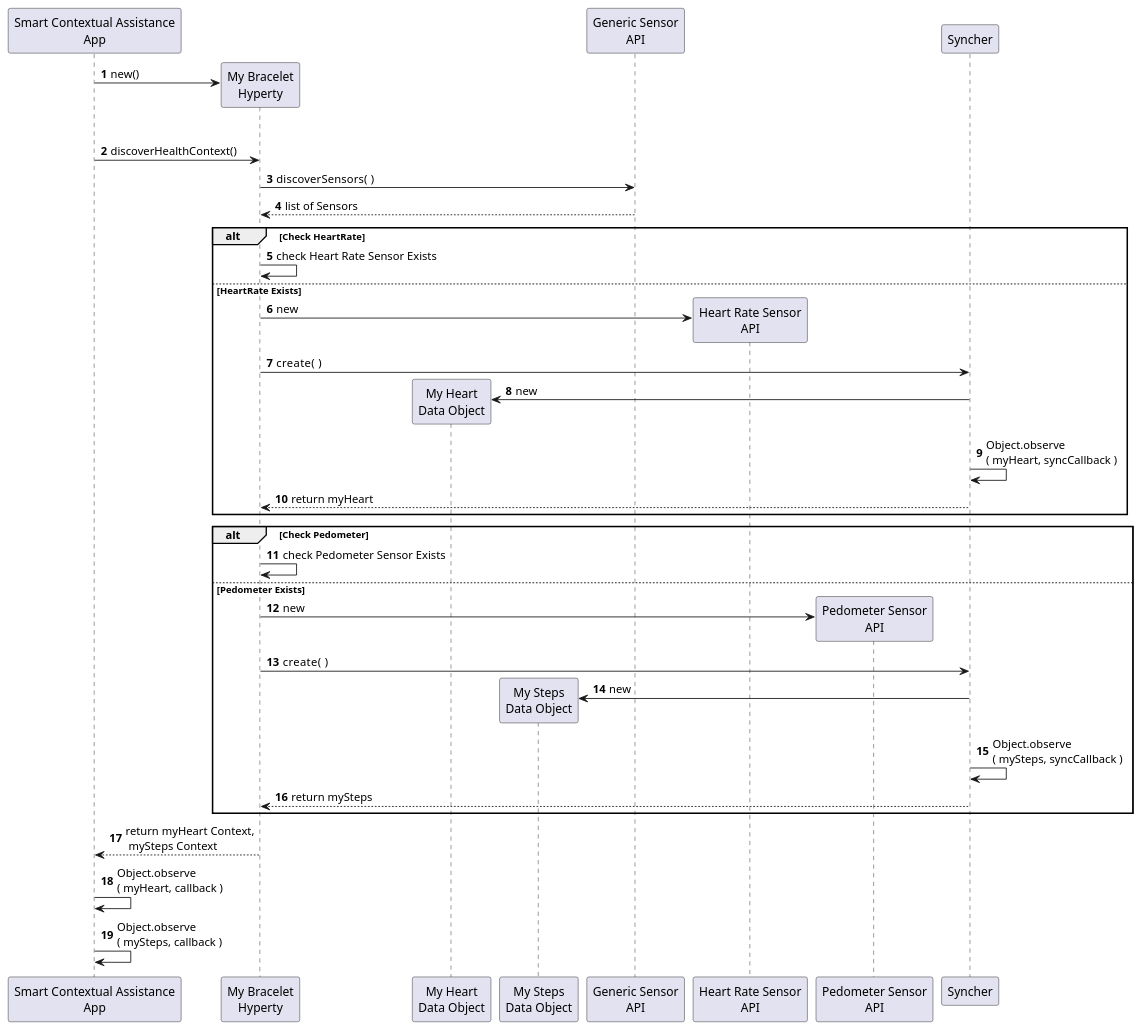
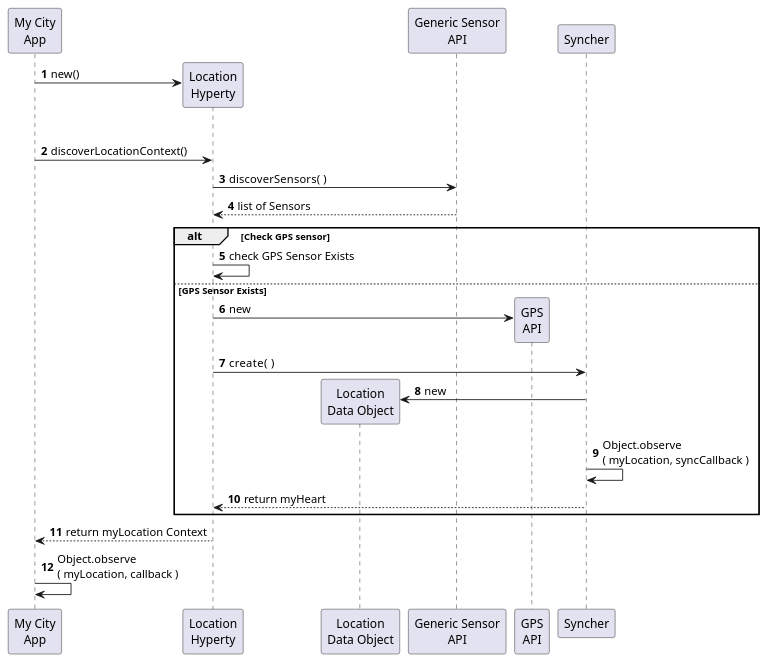
One commit to reTHINK-project/scenario-service-implementation changed the diagram in docs/hyperties/location/location-setup.puml. Above: the diagram before and after it, drawn with PlantUML. The commit also changed 2 other files, not shown here.

Commit message:
location diagram added

```diff
--- a/docs/hyperties/location/location-setup.puml
+++ b/docs/hyperties/location/location-setup.puml
@@ -1,82 +1,54 @@
 @startuml
 autonumber
 
-participant "Smart Contextual Assistance\nApp" as app
+participant "My City\nApp" as app
 
-participant "My Bracelet\nHyperty" as myBra
+participant "Location\nHyperty" as myLocationHyperty
 
-participant "My Heart\nData Object" as myHeart
-
-participant "My Steps\nData Object" as mySteps
+participant "Location\nData Object" as myLocationDO
 
 participant "Generic Sensor\nAPI" as sensorAPI
 
-participant "Heart Rate Sensor\nAPI" as heartrateAPI
-
-participant "Pedometer Sensor\nAPI" as pedometerAPI
+participant "GPS\nAPI" as locationAPI
 
 participant "Syncher" as sync
 
-create myBra
+create myLocationHyperty
 
-app ->  myBra : new()
+app ->  myLocationHyperty : new()
 
-group discover available Context Health
+group discover available Context Location 
 
-app ->  myBra : discoverHealthContext()
+app ->  myLocationHyperty : discoverLocationContext()
 
-myBra -> sensorAPI : discoverSensors(  )
+myLocationHyperty -> sensorAPI : discoverSensors(  )
 
-myBra <-- sensorAPI : list of Sensors
+myLocationHyperty <-- sensorAPI : list of Sensors
 
-alt Check HeartRate
+alt Check GPS sensor
 
-myBra -> myBra : check Heart Rate Sensor Exists
+myLocationHyperty -> myLocationHyperty : check GPS Sensor Exists
 
-else HeartRate Exists
+else GPS Sensor Exists
 
-create heartrateAPI
+create locationAPI
 
-myBra -> heartrateAPI : new
+myLocationHyperty -> locationAPI : new
 
-myBra -> sync : create(  )
+myLocationHyperty -> sync : create(  )
 
-create myHeart
+create myLocationDO 
 
-sync -> myHeart : new
+sync -> myLocationDO : new
 
-sync -> sync : Object.observe\n( myHeart, syncCallback )
+sync -> sync : Object.observe\n( myLocation, syncCallback )
 
-myBra <-- sync : return myHeart
+myLocationHyperty <-- sync : return myHeart
 
 end
 
-alt Check Pedometer
+app <--  myLocationHyperty : return myLocation Context
 
-myBra -> myBra : check Pedometer Sensor Exists
-
-else Pedometer Exists
-
-create pedometerAPI
-
-myBra -> pedometerAPI : new
-
-myBra -> sync : create(  )
-
-create mySteps
-
-sync -> mySteps : new
-
-sync -> sync : Object.observe\n( mySteps, syncCallback )
-
-myBra <-- sync : return mySteps
-
-end
-
-app <--  myBra : return myHeart Context,\n mySteps Context
-
-app -> app : Object.observe\n( myHeart, callback )
-
-app -> app : Object.observe\n( mySteps, callback )
+app -> app : Object.observe\n( myLocation, callback )
 
 @enduml
```
